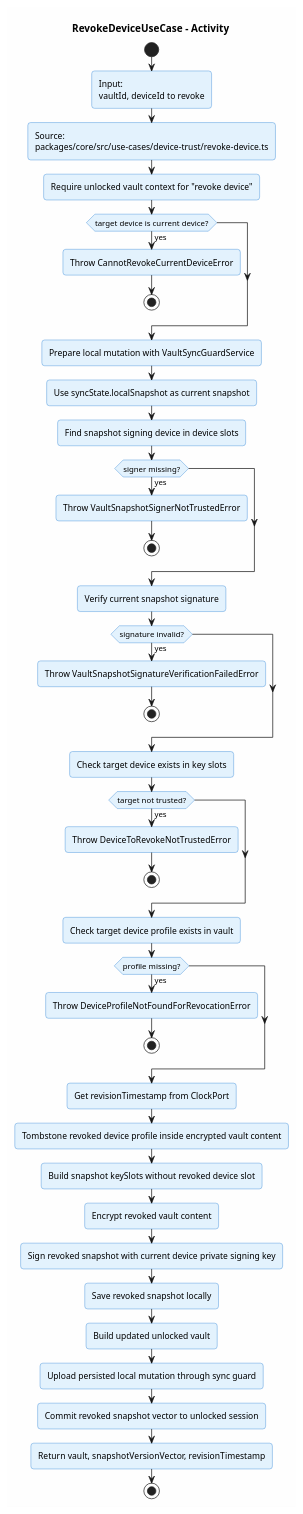
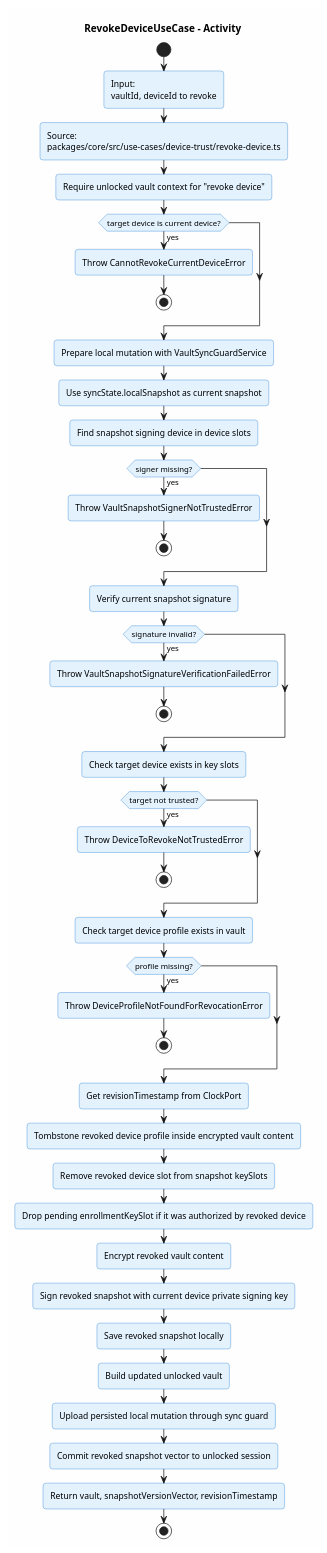
One commit to ArionStudio/engr-serverless-pm changed the diagram in docs/v1/use-case/device-trust/revoke-device.activity.puml. Above: the diagram before and after it, drawn with PlantUML. The commit also changed 10 other files, not shown here.

Commit message:
docs: update v1 use-case diagrams

```diff
--- a/docs/v1/use-case/device-trust/revoke-device.activity.puml
+++ b/docs/v1/use-case/device-trust/revoke-device.activity.puml
@@ -1,55 +1,56 @@
 @startuml revoke-device-activity
 title RevokeDeviceUseCase - Activity
 
 skinparam backgroundColor #FEFEFE
 skinparam roundcorner 8
 skinparam shadowing false
 skinparam activity {
   BackgroundColor #E3F2FD
   BorderColor #1976D2
 }
 
 start
 :Input:\nvaultId, deviceId to revoke;
 :Source:\npackages/core/src/use-cases/device-trust/revoke-device.ts;
 :Require unlocked vault context for "revoke device";
 if (target device is current device?) then (yes)
   :Throw CannotRevokeCurrentDeviceError;
   stop
 endif
 
 :Prepare local mutation with VaultSyncGuardService;
 :Use syncState.localSnapshot as current snapshot;
 :Find snapshot signing device in device slots;
 if (signer missing?) then (yes)
   :Throw VaultSnapshotSignerNotTrustedError;
   stop
 endif
 :Verify current snapshot signature;
 if (signature invalid?) then (yes)
   :Throw VaultSnapshotSignatureVerificationFailedError;
   stop
 endif
 :Check target device exists in key slots;
 if (target not trusted?) then (yes)
   :Throw DeviceToRevokeNotTrustedError;
   stop
 endif
 :Check target device profile exists in vault;
 if (profile missing?) then (yes)
   :Throw DeviceProfileNotFoundForRevocationError;
   stop
 endif
 
 :Get revisionTimestamp from ClockPort;
 :Tombstone revoked device profile inside encrypted vault content;
-:Build snapshot keySlots without revoked device slot;
+:Remove revoked device slot from snapshot keySlots;
+:Drop pending enrollmentKeySlot if it was authorized by revoked device;
 :Encrypt revoked vault content;
 :Sign revoked snapshot with current device private signing key;
 :Save revoked snapshot locally;
 :Build updated unlocked vault;
 :Upload persisted local mutation through sync guard;
 :Commit revoked snapshot vector to unlocked session;
 :Return vault, snapshotVersionVector, revisionTimestamp;
 stop
 @enduml
```
